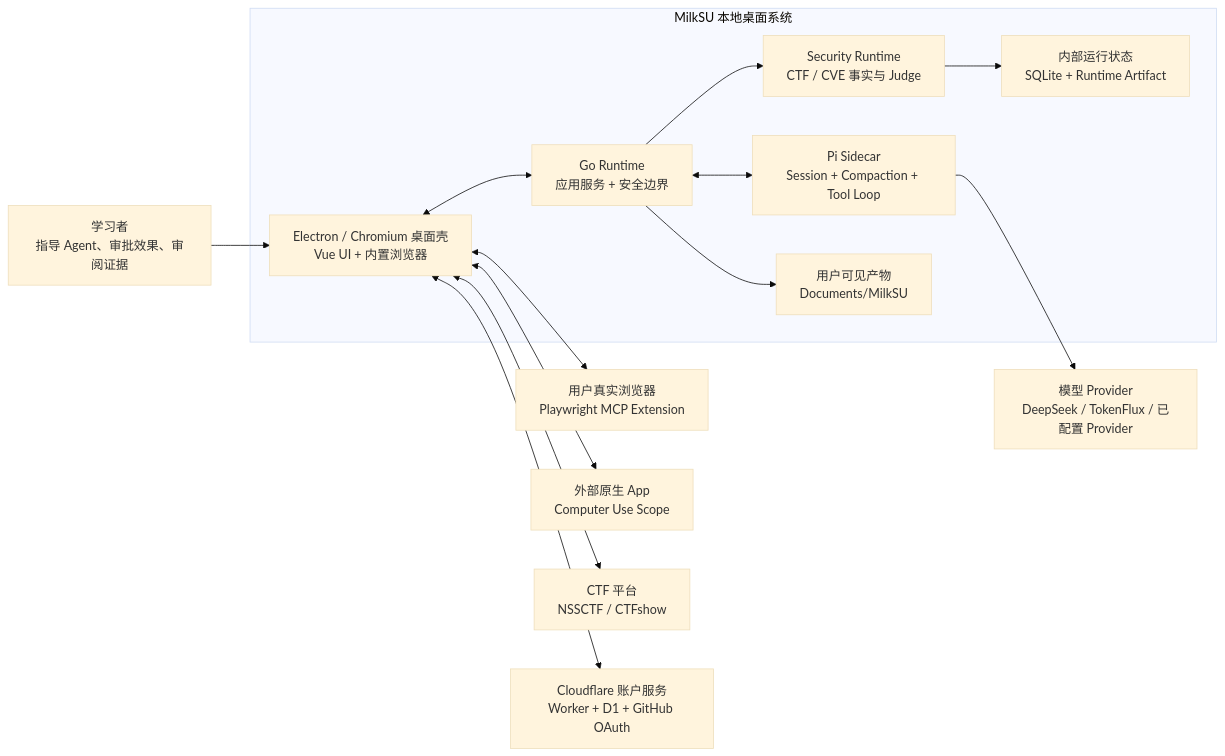
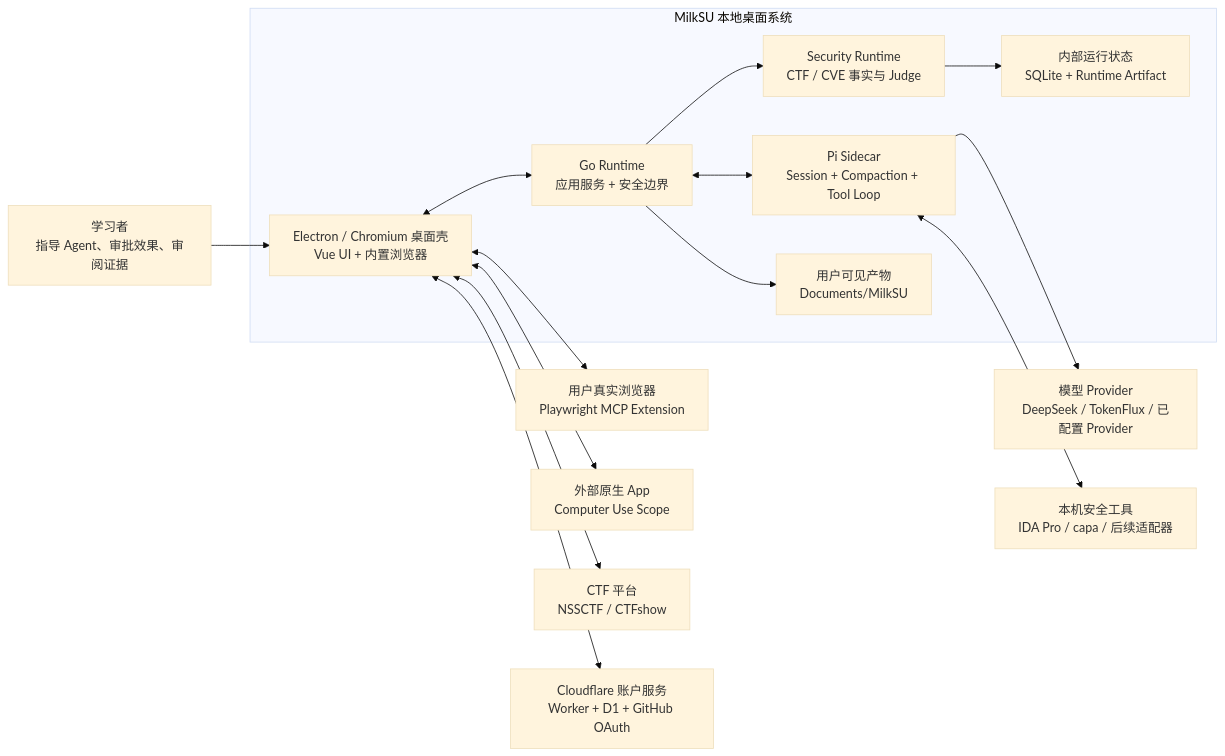
Before and after one commit to MilkSU-Official/milksu: the first of 5 diagrams in docs/architecture/current-system.md, drawn with Mermaid (base theme). The commit also changed other lines of this file and 38 other files, not shown here.

````diff
--- a/docs/architecture/current-system.md
+++ b/docs/architecture/current-system.md
@@ -12,29 +12,31 @@
 ```mermaid
 flowchart LR
     learner["学习者<br/>指导 Agent、审批效果、审阅证据"]
     provider["模型 Provider<br/>DeepSeek / TokenFlux / 已配置 Provider"]
+    local_tools["本机安全工具<br/>IDA Pro / capa / 后续适配器"]
     user_browser["用户真实浏览器<br/>Playwright MCP Extension"]
     native_apps["外部原生 App<br/>Computer Use Scope"]
     ctf_platforms["CTF 平台<br/>NSSCTF / CTFshow"]
     account_cloud["Cloudflare 账户服务<br/>Worker + D1 + GitHub OAuth"]
 
     subgraph milksu["MilkSU 本地桌面系统"]
         chromium["Electron / Chromium 桌面壳<br/>Vue UI + 内置浏览器"]
         go["Go Runtime<br/>应用服务 + 安全边界"]
         pi["Pi Sidecar<br/>Session + Compaction + Tool Loop"]
         security["Security Runtime<br/>CTF / CVE 事实与 Judge"]
         local["内部运行状态<br/>SQLite + Runtime Artifact"]
         deliverables["用户可见产物<br/>Documents/MilkSU"]
     end
 
     learner --> chromium
     chromium <--> go
     go <--> pi
     pi --> provider
+    pi <--> local_tools
     go --> security --> local
     go --> deliverables
     chromium <--> user_browser
     chromium <--> native_apps
     chromium <--> ctf_platforms
     chromium <--> account_cloud
 ```
````
